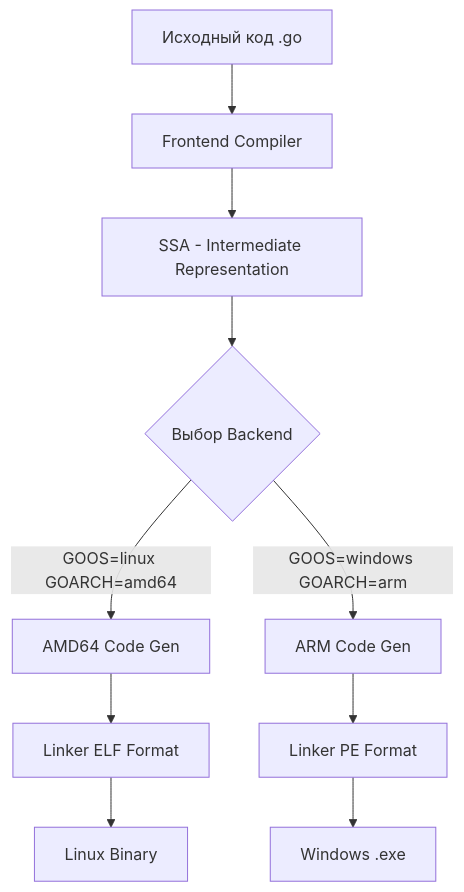
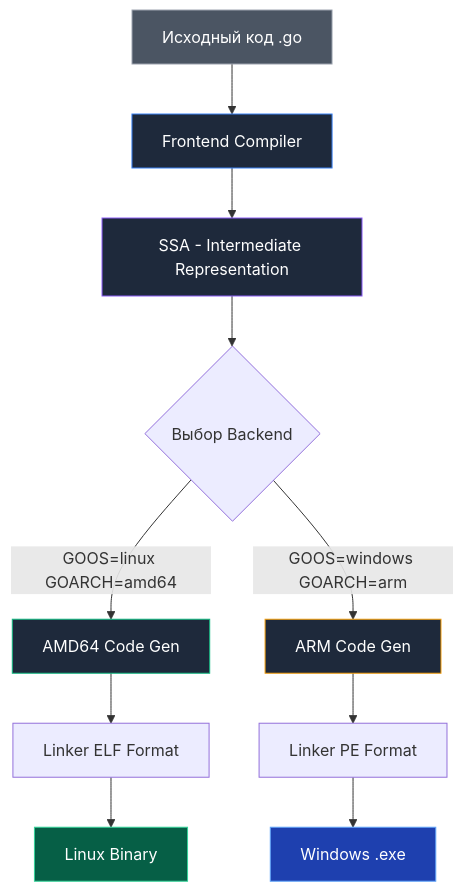
One commit to UnrealTemplier/go-textbook changed the diagram in sources/8. Инфраструктура языка, Тулинг и CI_CD/32. Кросс компиляция Go.md. Above: the diagram before and after it, drawn with Mermaid. The commit also changed other lines of this file, not shown here.

````diff
--- a/sources/8. Инфраструктура языка, Тулинг и CI_CD/32. Кросс компиляция Go.md
+++ b/sources/8. Инфраструктура языка, Тулинг и CI_CD/32. Кросс компиляция Go.md
@@ -12,16 +18,24 @@
 ```mermaid
 flowchart TD
     A["Исходный код .go"] --> B["Frontend Compiler"]
     B --> C["SSA - Intermediate Representation"]
     
     C --> D{"Выбор Backend"}
     
     D -- "GOOS=linux GOARCH=amd64" --> E["AMD64 Code Gen"]
     E --> F["Linker ELF Format"]
     
     D -- "GOOS=windows GOARCH=arm" --> G["ARM Code Gen"]
     G --> H["Linker PE Format"]
     
     F --> I["Linux Binary"]
     H --> J["Windows .exe"]
+    
+    style A fill:#4b5563,stroke:#9ca3af,color:#fff
+    style B fill:#1e293b,stroke:#3b82f6,color:#fff
+    style C fill:#1e293b,stroke:#8b5cf6,color:#fff
+    style E fill:#1e293b,stroke:#10b981,color:#fff
+    style G fill:#1e293b,stroke:#f59e0b,color:#fff
+    style I fill:#065f46,stroke:#34d399,color:#fff
+    style J fill:#1e40af,stroke:#60a5fa,color:#fff
 ```
````
